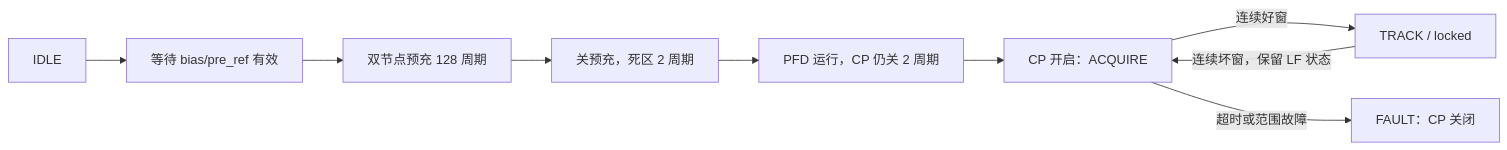
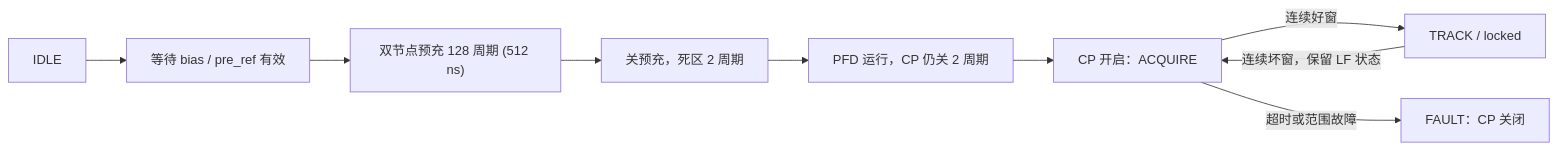
The diagram in docs/design/pll_loop.md (whitedeerpro-arch/serdes_sky130), drawn with Mermaid before and after one commit. The commit also changed other lines of this file and 107 other files, not shown here.

````diff
--- a/docs/design/pll_loop.md
+++ b/docs/design/pll_loop.md
@@ -47,8 +27,8 @@
 ```mermaid
 flowchart LR
- I[IDLE] --> W[等待 bias/pre_ref 有效] --> P[双节点预充 128 周期]
- P --> G[关预充，死区 2 周期] --> F[PFD 运行，CP 仍关 2 周期] --> A[CP 开启：ACQUIRE]
- A -->|连续好窗| T[TRACK / locked]
- T -->|连续坏窗，保留 LF 状态| A
- A -->|超时或范围故障| X[FAULT：CP 关闭]
+  I[IDLE] --> W["等待 bias / pre_ref 有效"] --> P["双节点预充 128 周期 (512 ns)"]
+  P --> G["关预充，死区 2 周期"] --> F["PFD 运行，CP 仍关 2 周期"] --> A["CP 开启：ACQUIRE"]
+  A -->|"连续好窗"| T["TRACK / locked"]
+  T -->|"连续坏窗，保留 LF 状态"| A
+  A -->|"超时或范围故障"| X["FAULT：CP 关闭"]
 ```
````
